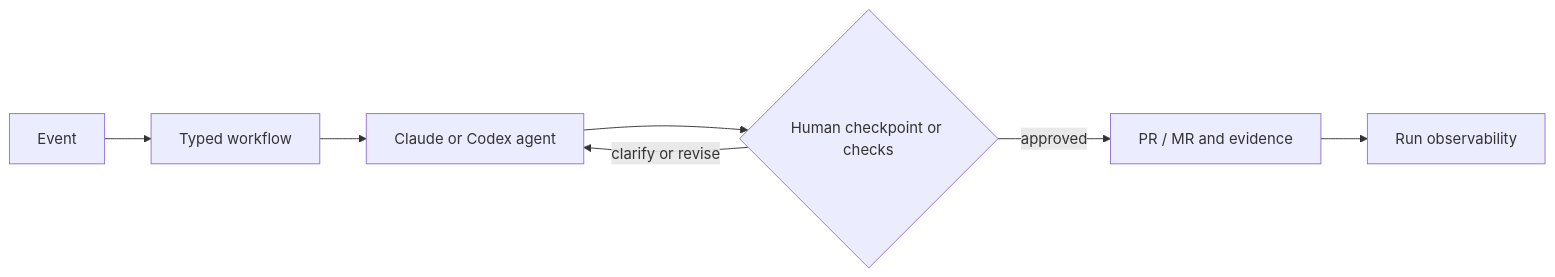
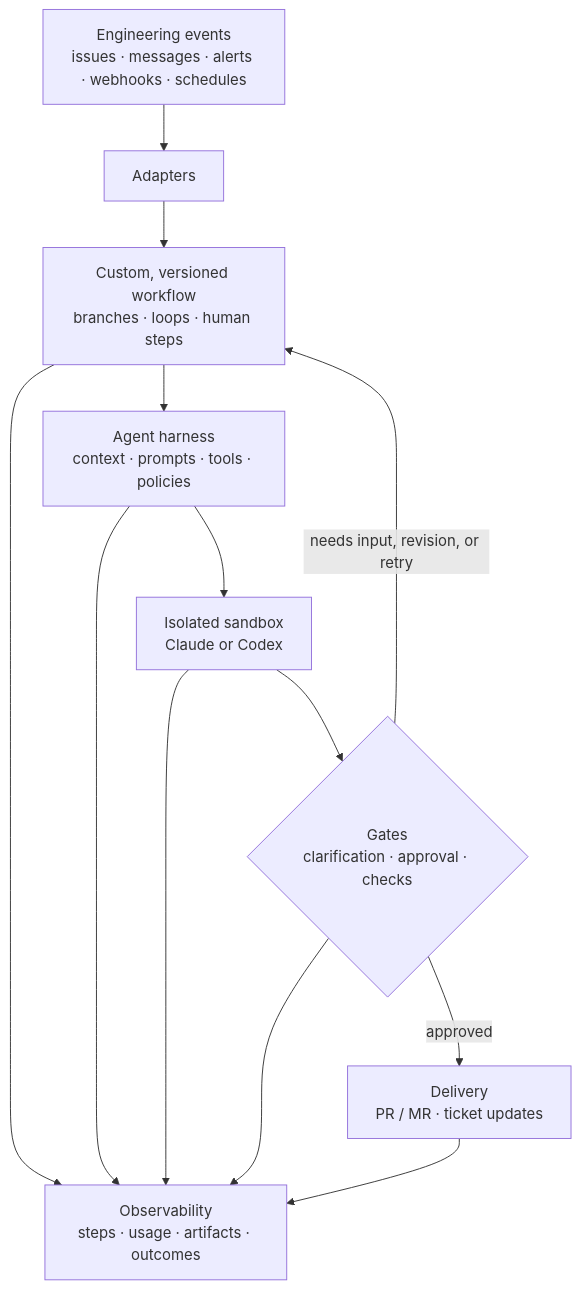
The diagram in README.md (Blazity/ai-workflow), drawn with Mermaid before and after one commit. The commit also changed other lines of this file, not shown here.

Commit message:
docs(readme): clarify workflow architecture

````diff
--- a/README.md
+++ b/README.md
@@ -30,9 +30,15 @@
 ```mermaid
-flowchart LR
-    A["Event"] --> B["Typed workflow"]
-    B --> C["Claude or Codex agent"]
-    C --> D{"Human checkpoint or checks"}
-    D -->|"clarify or revise"| C
-    D -->|"approved"| E["PR / MR and evidence"]
-    E --> F["Run observability"]
+flowchart TD
+    A["Engineering events<br/>issues · messages · alerts · webhooks · schedules"] --> B["Adapters"]
+    B --> C["Custom, versioned workflow<br/>branches · loops · human steps"]
+    C --> D["Agent harness<br/>context · prompts · tools · policies"]
+    D --> E["Isolated sandbox<br/>Claude or Codex"]
+    E --> F{"Gates<br/>clarification · approval · checks"}
+    F -->|"needs input, revision, or retry"| C
+    F -->|"approved"| G["Delivery<br/>PR / MR · ticket updates"]
+    C --> H["Observability<br/>steps · usage · artifacts · outcomes"]
+    D --> H
+    E --> H
+    F --> H
+    G --> H
 ```
````
